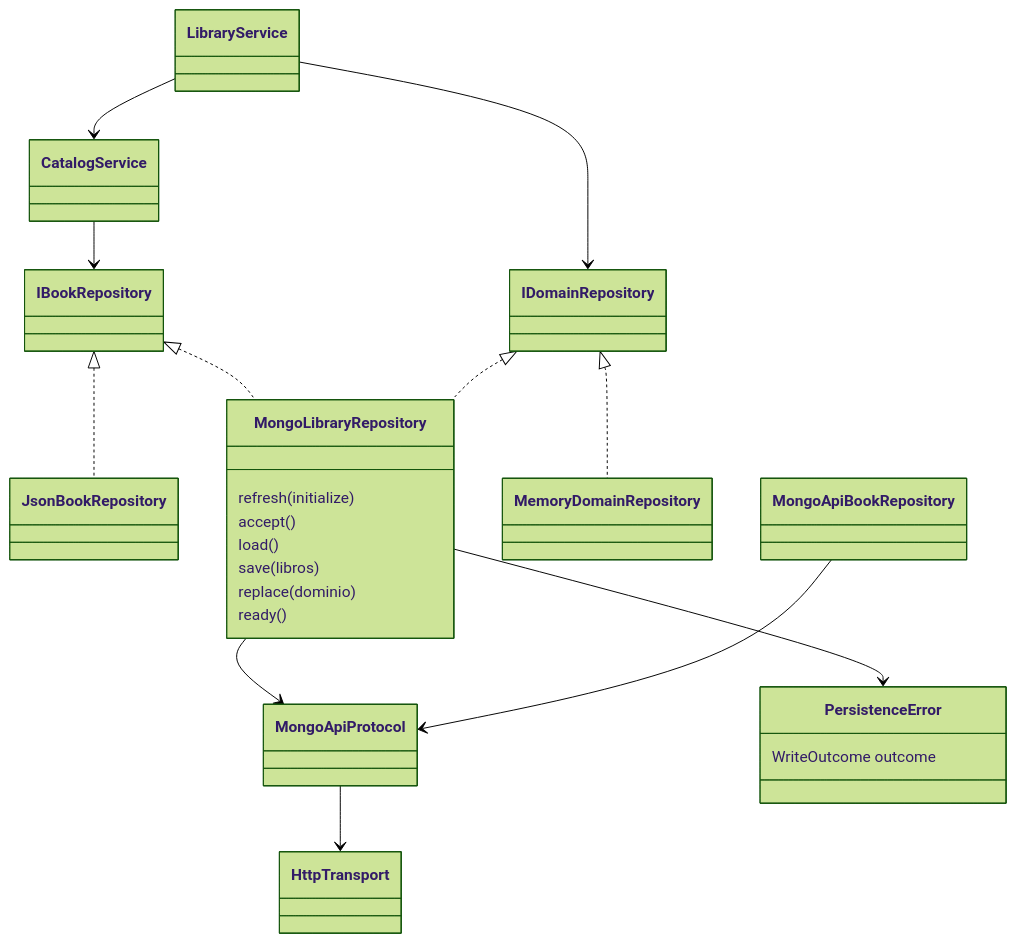
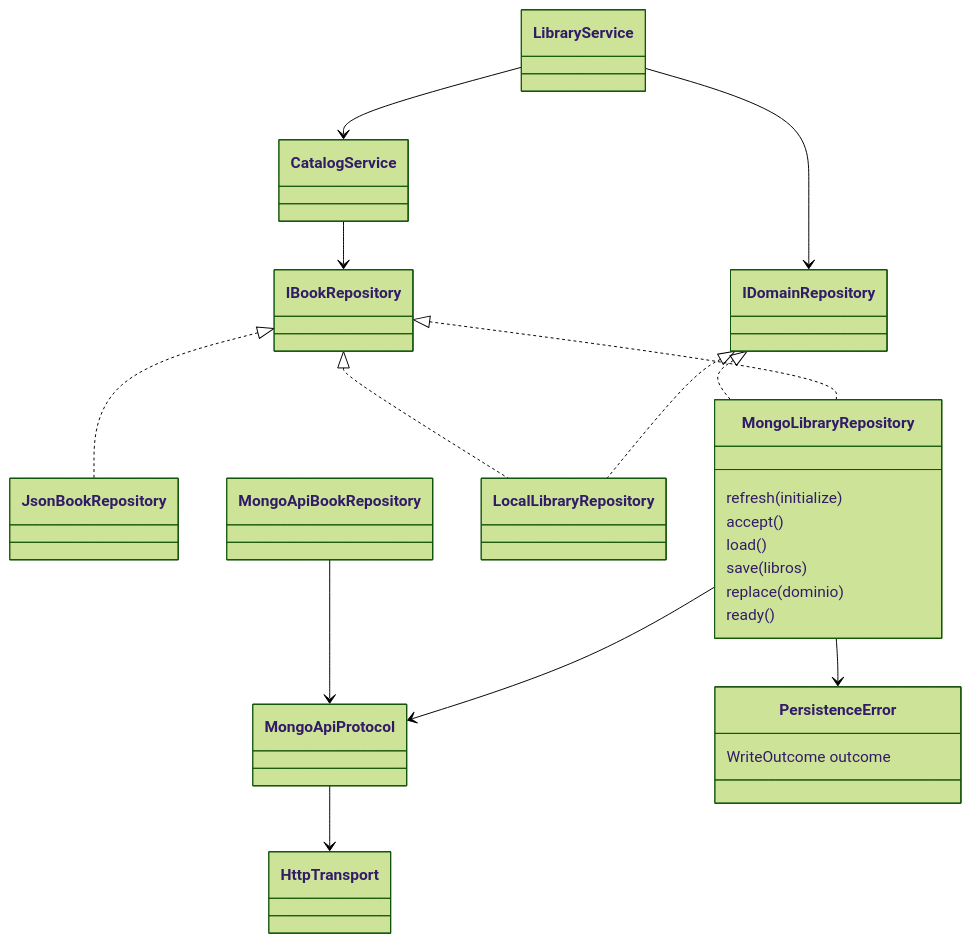
Before and after one commit to yrojasar-ui/Sistema-de-gestion-Academica: the fifth of 5 diagrams in docs/DOMINIO_API.md, drawn with Mermaid (forest theme). The commit also changed other lines of this file and 40 other files, not shown here.

````diff
--- a/docs/DOMINIO_API.md
+++ b/docs/DOMINIO_API.md
@@ -248,25 +250,26 @@
 ```mermaid
 classDiagram
     IBookRepository <|.. JsonBookRepository
     IBookRepository <|.. MongoLibraryRepository
-    IDomainRepository <|.. MemoryDomainRepository
+    IDomainRepository <|.. LocalLibraryRepository
+    IBookRepository <|.. LocalLibraryRepository
     IDomainRepository <|.. MongoLibraryRepository
     CatalogService --> IBookRepository
     LibraryService --> CatalogService
     LibraryService --> IDomainRepository
     MongoLibraryRepository --> MongoApiProtocol
     MongoApiBookRepository --> MongoApiProtocol
     MongoApiProtocol --> HttpTransport
     MongoLibraryRepository --> PersistenceError
     class MongoLibraryRepository {
         refresh(initialize)
         accept()
         load()
         save(libros)
         replace(dominio)
         ready()
     }
     class PersistenceError {
         WriteOutcome outcome
     }
 ```
````
